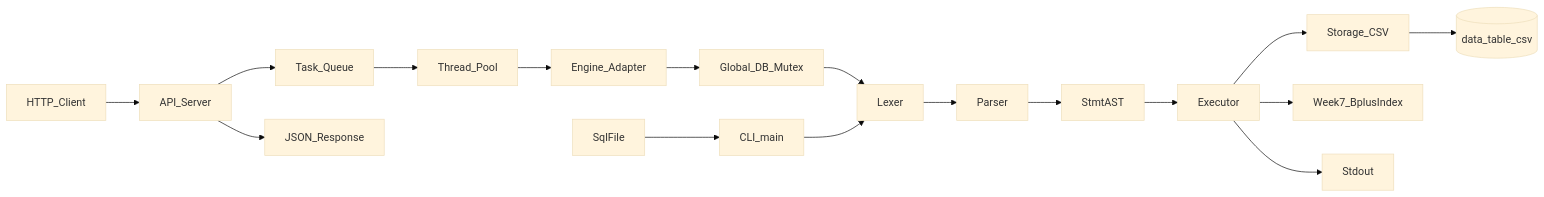
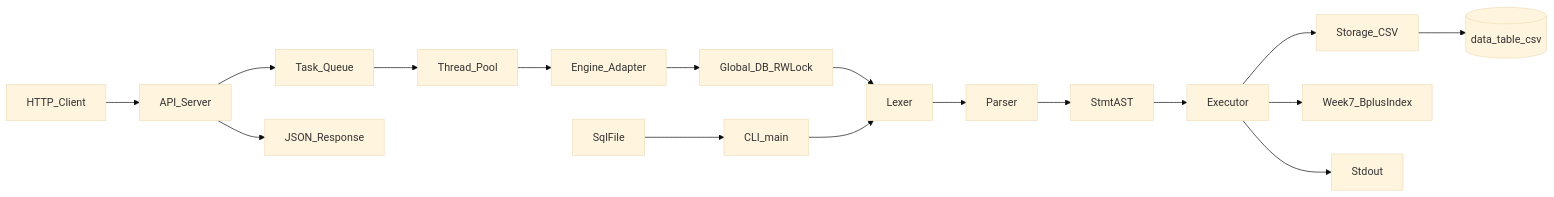
The first of 4 diagrams in docs/02-architecture.md (tail1887/sql_parsor), drawn with Mermaid (base theme) before and after one commit. The commit also changed other lines of this file and 15 other files, not shown here.

````diff
--- a/docs/02-architecture.md
+++ b/docs/02-architecture.md
@@ -18,19 +18,19 @@
 ```mermaid
 flowchart LR
     SqlFile[SqlFile] --> CLI[CLI_main]
     Client[HTTP_Client] --> Api[API_Server]
     Api --> Queue[Task_Queue]
     Queue --> Pool[Thread_Pool]
     Pool --> Adapter[Engine_Adapter]
-    Adapter --> Lock[Global_DB_Mutex]
+    Adapter --> Lock[Global_DB_RWLock]
     Lock --> Lexer[Lexer]
     CLI --> Lexer[Lexer]
     Lexer --> Parser[Parser]
     Parser --> AST[StmtAST]
     AST --> Exec[Executor]
     Exec --> Store[Storage_CSV]
     Store --> FS[(data_table_csv)]
     Exec --> Idx[Week7_BplusIndex]
     Exec --> Out[Stdout]
     Api --> Json[JSON_Response]
 ```
````
